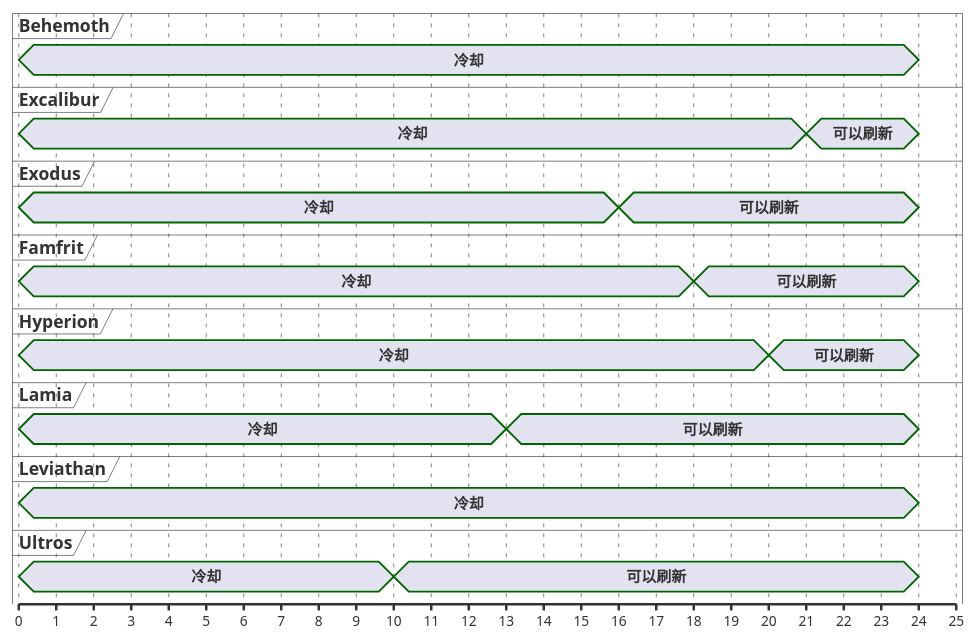
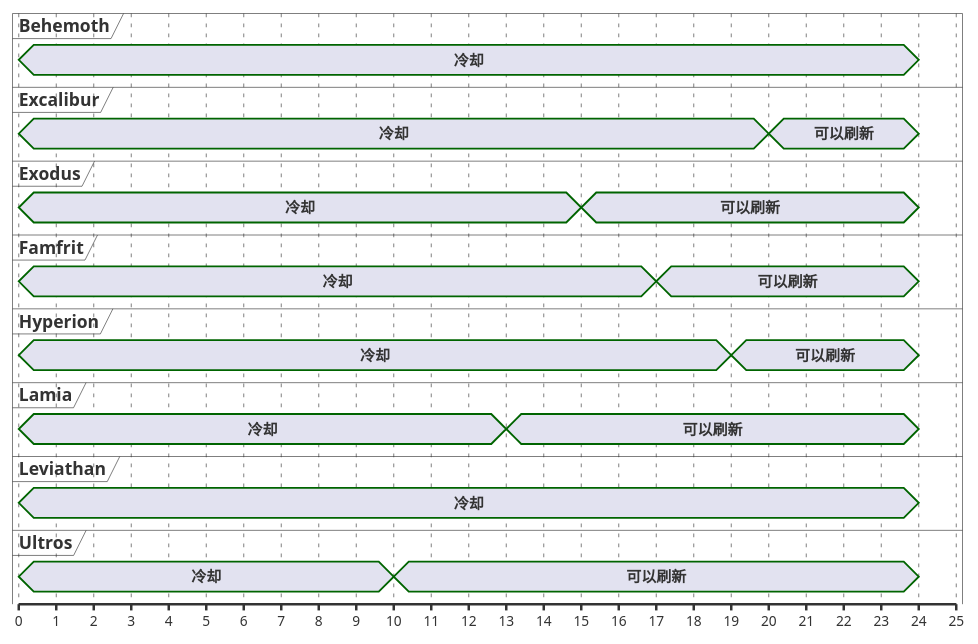
Before and after one commit to Eroleice/doc-pi: the ninth of 13 diagrams in ffxiv/hunt/4.0/Gamma.md, drawn with PlantUML. The commit also changed other lines of this file and 38 other files, not shown here.

````diff
--- a/ffxiv/hunt/4.0/Gamma.md
+++ b/ffxiv/hunt/4.0/Gamma.md
@@ -464,53 +466,53 @@
 ```plantuml
 @startuml
 scale 1 as 30 pixels
 
 concise Behemoth
 concise Excalibur
 concise Exodus
 concise Famfrit
 concise Hyperion
 concise Lamia
 concise Leviathan
 concise Ultros
 
 @Ultros
 0 is 冷却
 10 is 可以刷新
 24 is {hidden}
 
 @Lamia
 0 is 冷却
 13 is 可以刷新
 24 is {hidden}
 
 @Exodus
 0 is 冷却
-16 is 可以刷新
+15 is 可以刷新
 24 is {hidden}
 
 @Famfrit
 0 is 冷却
-18 is 可以刷新
+17 is 可以刷新
 24 is {hidden}
 
 @Hyperion
 0 is 冷却
-20 is 可以刷新
+19 is 可以刷新
 24 is {hidden}
 
 @Excalibur
 0 is 冷却
-21 is 可以刷新
+20 is 可以刷新
 24 is {hidden}
 
 @Leviathan
 0 is 冷却
 24 is {hidden}
 
 @Behemoth
 0 is 冷却
 24 is {hidden}
 
 @enduml
 ```
````
